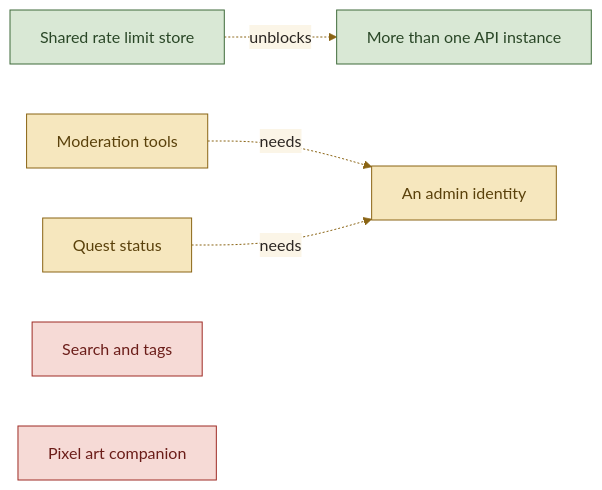
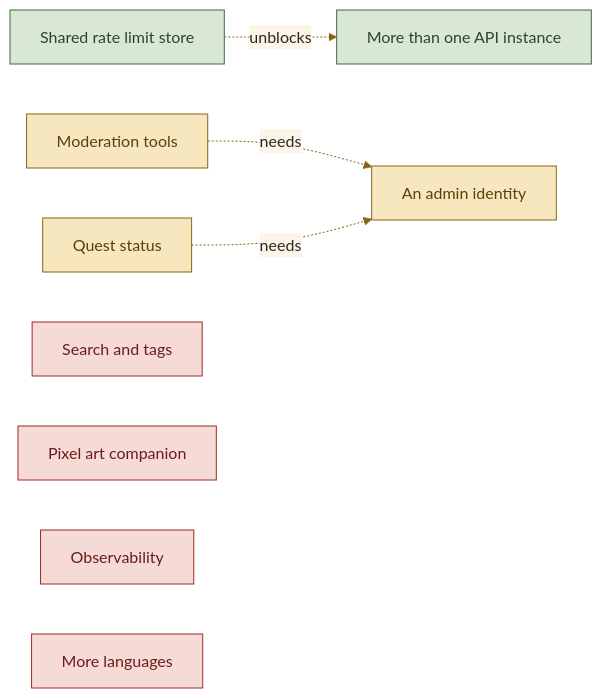
One commit to kfeuerschvenger/programmingrequests changed the diagram in docs/ROADMAP.md. Above: the diagram before and after it, drawn with Mermaid. The commit also changed 6 other files, not shown here.

Commit message:
docs: accuracy fixes across api, testing, environment, roadmap and spanish labels

````diff
--- a/docs/ROADMAP.md
+++ b/docs/ROADMAP.md
@@ -12,15 +12,17 @@
 ```mermaid
 %%{init: {'theme':'base','themeVariables':{'fontFamily':'Segoe UI, Helvetica, Arial, sans-serif','primaryColor':'#F3E6C8','primaryBorderColor':'#3B2A1E','primaryTextColor':'#2B2622','lineColor':'#8A6414','textColor':'#2B2622','edgeLabelBackground':'#FBF5E7'}}}%%
 flowchart LR
   Shared["Shared rate limit store"] -.->|"unblocks"| Scale["More than one API instance"]
   Moderation["Moderation tools"] -.->|"needs"| Admin["An admin identity"]
   Status["Quest status"] -.->|"needs"| Admin
   Search["Search and tags"]
   Pixel["Pixel art companion"]
+  Observability["Observability"]
+  Languages["More languages"]
   classDef guild fill:#D9E8D5,stroke:#3F6B3A,color:#2A4727
   classDef brass fill:#F6E7BE,stroke:#8A6414,color:#5A410B
   classDef wax fill:#F6DAD6,stroke:#9E2B25,color:#6B1D19
   class Shared,Scale guild
   class Moderation,Admin,Status brass
-  class Search,Pixel wax
+  class Search,Pixel,Observability,Languages wax
 ```
````
